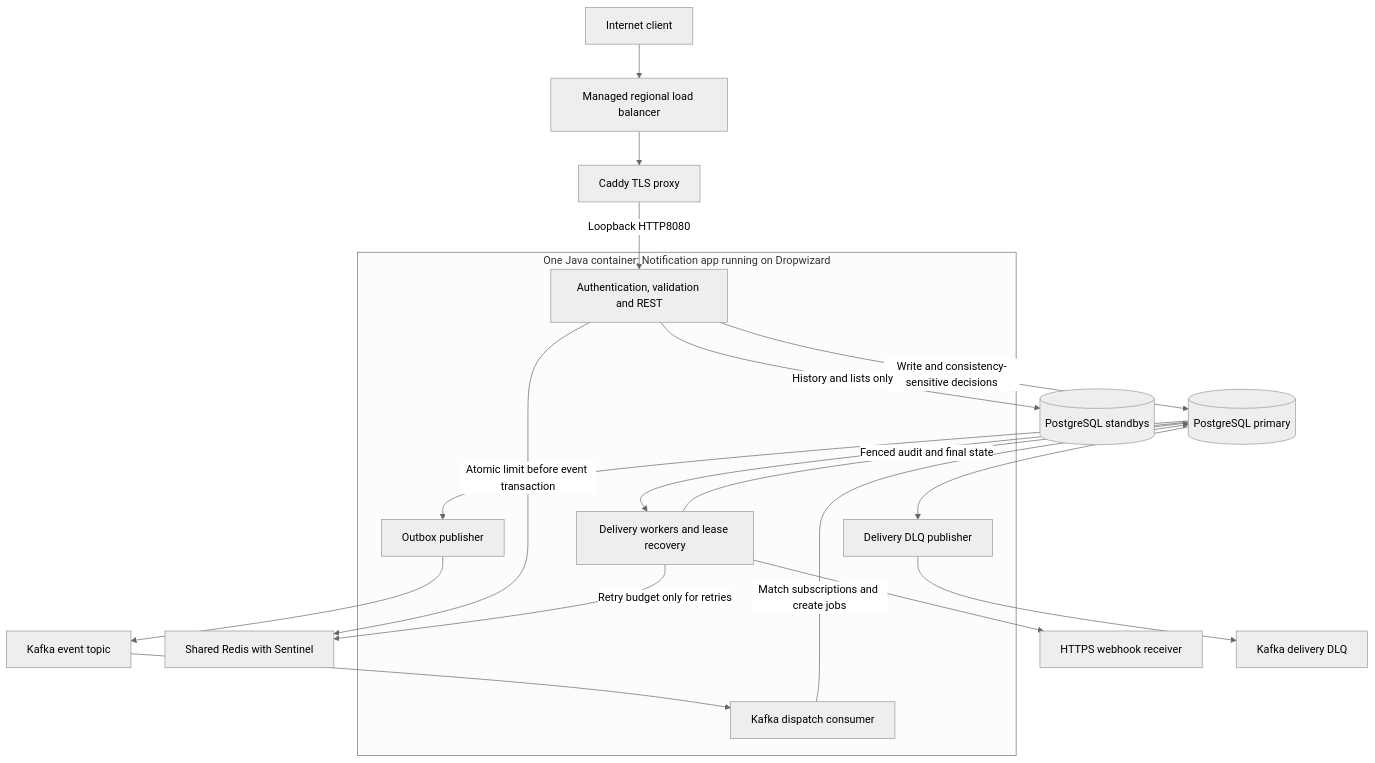
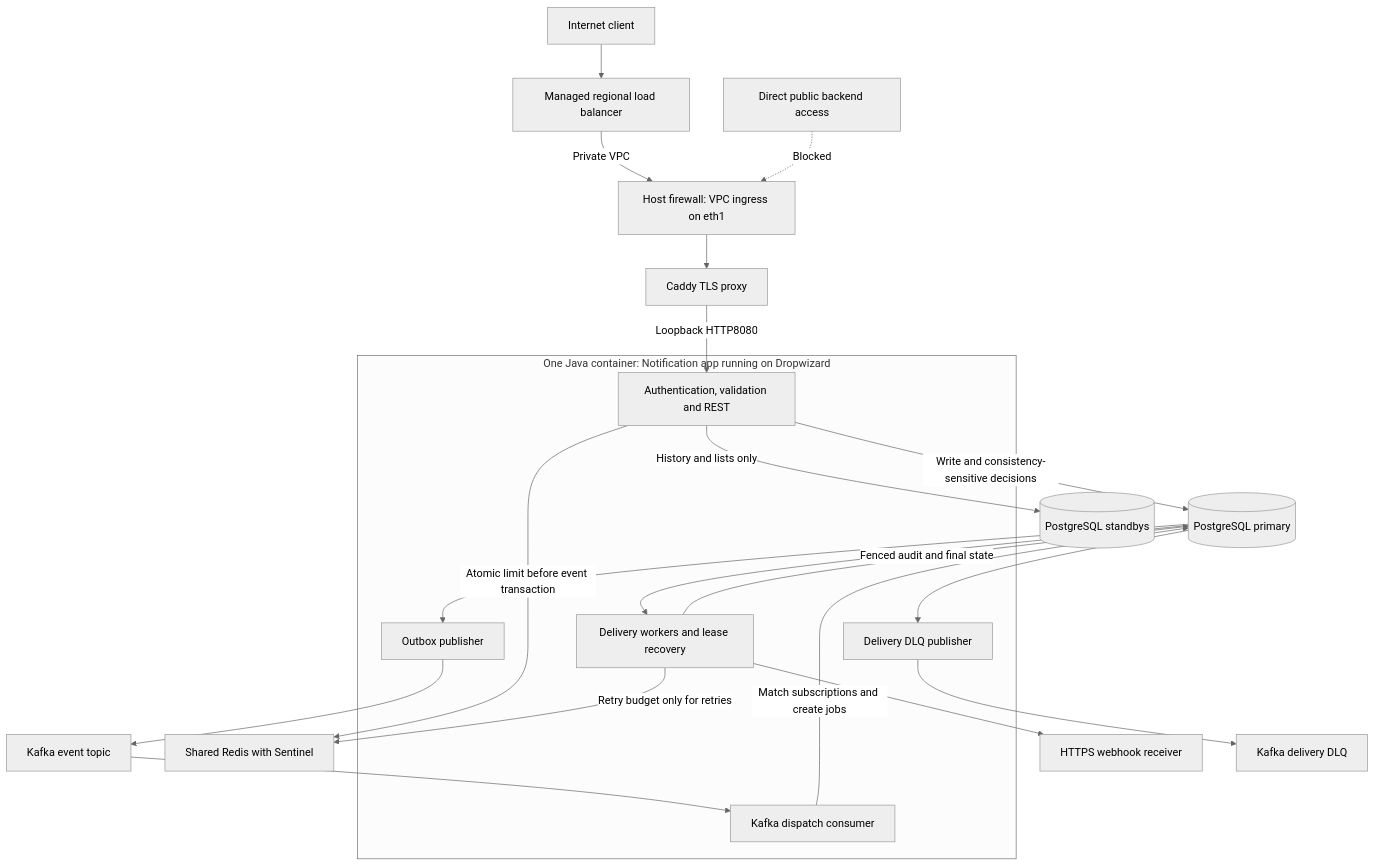
One commit to Sahil2237/notification-fanout changed the second of 7 diagrams in docs/hld.md. Above: the diagram before and after it, drawn with Mermaid (neutral theme). The commit also changed other lines of this file and 30 other files, not shown here.

Commit message:
Refresh onboarding and architecture for deployed host network policy [skip ci]

````diff
--- a/docs/hld.md
+++ b/docs/hld.md
@@ -26,26 +26,28 @@
 ```mermaid
 flowchart TB
     I[Internet client] --> LB[Managed regional load balancer]
-    LB --> C[Caddy TLS proxy]
+    LB -->|Private VPC| FW[Host firewall: VPC ingress on eth1]
+    FW --> C[Caddy TLS proxy]
+    DIRECT[Direct public backend access] -.->|Blocked| FW
     subgraph JVM[One Java container: Notification app running on Dropwizard]
         API[Authentication, validation and REST]
         O[Outbox publisher]
         K[Kafka dispatch consumer]
         W[Delivery workers and lease recovery]
         DL[Delivery DLQ publisher]
     end
     C -->|Loopback HTTP8080| API
     API -->|Atomic limit before event transaction| R[Shared Redis with Sentinel]
     API -->|Write and consistency-sensitive decisions| PG[(PostgreSQL primary)]
     API -->|History and lists only| RO[(PostgreSQL standbys)]
     PG --> O
     O --> B[Kafka event topic]
     B --> K
     K -->|Match subscriptions and create jobs| PG
     PG --> W
     W -->|Retry budget only for retries| R
     W --> H[HTTPS webhook receiver]
     W -->|Fenced audit and final state| PG
     PG --> DL
     DL --> KD[Kafka delivery DLQ]
 ```
````
